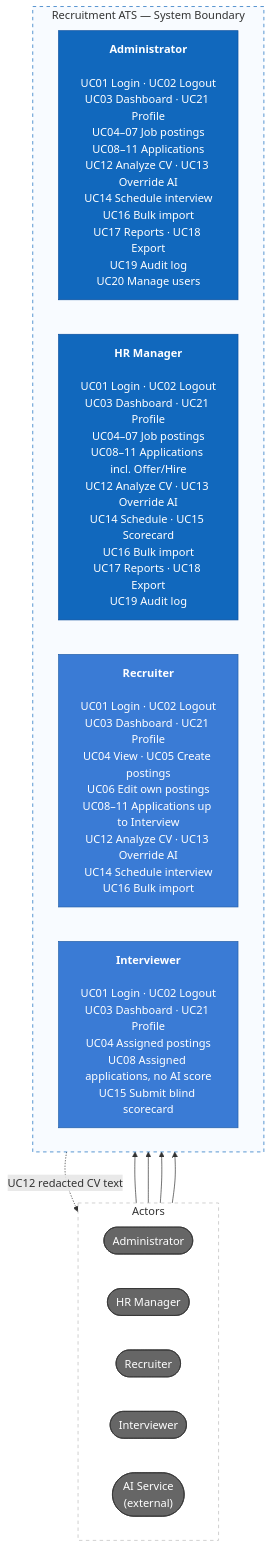
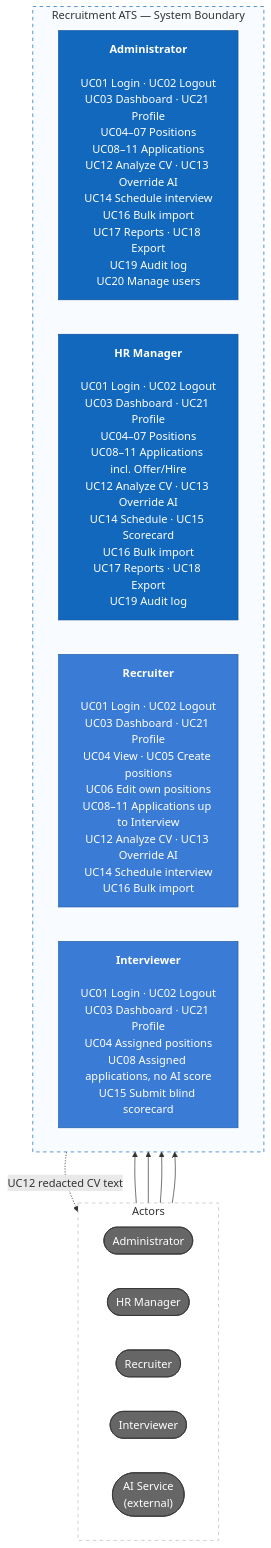
One commit to duongk18FPTU/recruitment-ats changed the first of 2 diagrams in README.md. Above: the diagram before and after it, drawn with Mermaid. The commit also changed other lines of this file and 19 other files, not shown here.

First line of the commit message:
Rename job postings to internal positions across docs and UI

````diff
--- a/README.md
+++ b/README.md
@@ -75,34 +75,34 @@
 ```mermaid
 flowchart TB
     subgraph roles["Actors"]
         direction LR
         admin(["Administrator"])
         manager(["HR Manager"])
         recruiter(["Recruiter"])
         interviewer(["Interviewer"])
         ai(["AI Service<br/>(external)"])
     end
 
     subgraph system["Recruitment ATS — System Boundary"]
         direction LR
-        adminCases["<b>Administrator</b><br/><br/>UC01 Login · UC02 Logout<br/>UC03 Dashboard · UC21 Profile<br/>UC04–07 Job postings<br/>UC08–11 Applications<br/>UC12 Analyze CV · UC13 Override AI<br/>UC14 Schedule interview<br/>UC16 Bulk import<br/>UC17 Reports · UC18 Export<br/>UC19 Audit log<br/>UC20 Manage users"]
-        managerCases["<b>HR Manager</b><br/><br/>UC01 Login · UC02 Logout<br/>UC03 Dashboard · UC21 Profile<br/>UC04–07 Job postings<br/>UC08–11 Applications incl. Offer/Hire<br/>UC12 Analyze CV · UC13 Override AI<br/>UC14 Schedule · UC15 Scorecard<br/>UC16 Bulk import<br/>UC17 Reports · UC18 Export<br/>UC19 Audit log"]
-        recruiterCases["<b>Recruiter</b><br/><br/>UC01 Login · UC02 Logout<br/>UC03 Dashboard · UC21 Profile<br/>UC04 View · UC05 Create postings<br/>UC06 Edit own postings<br/>UC08–11 Applications up to Interview<br/>UC12 Analyze CV · UC13 Override AI<br/>UC14 Schedule interview<br/>UC16 Bulk import"]
-        interviewerCases["<b>Interviewer</b><br/><br/>UC01 Login · UC02 Logout<br/>UC03 Dashboard · UC21 Profile<br/>UC04 Assigned postings<br/>UC08 Assigned applications, no AI score<br/>UC15 Submit blind scorecard"]
+        adminCases["<b>Administrator</b><br/><br/>UC01 Login · UC02 Logout<br/>UC03 Dashboard · UC21 Profile<br/>UC04–07 Positions<br/>UC08–11 Applications<br/>UC12 Analyze CV · UC13 Override AI<br/>UC14 Schedule interview<br/>UC16 Bulk import<br/>UC17 Reports · UC18 Export<br/>UC19 Audit log<br/>UC20 Manage users"]
+        managerCases["<b>HR Manager</b><br/><br/>UC01 Login · UC02 Logout<br/>UC03 Dashboard · UC21 Profile<br/>UC04–07 Positions<br/>UC08–11 Applications incl. Offer/Hire<br/>UC12 Analyze CV · UC13 Override AI<br/>UC14 Schedule · UC15 Scorecard<br/>UC16 Bulk import<br/>UC17 Reports · UC18 Export<br/>UC19 Audit log"]
+        recruiterCases["<b>Recruiter</b><br/><br/>UC01 Login · UC02 Logout<br/>UC03 Dashboard · UC21 Profile<br/>UC04 View · UC05 Create positions<br/>UC06 Edit own positions<br/>UC08–11 Applications up to Interview<br/>UC12 Analyze CV · UC13 Override AI<br/>UC14 Schedule interview<br/>UC16 Bulk import"]
+        interviewerCases["<b>Interviewer</b><br/><br/>UC01 Login · UC02 Logout<br/>UC03 Dashboard · UC21 Profile<br/>UC04 Assigned positions<br/>UC08 Assigned applications, no AI score<br/>UC15 Submit blind scorecard"]
     end
 
     admin --> adminCases
     manager --> managerCases
     recruiter --> recruiterCases
     interviewer --> interviewerCases
     system -.->|UC12 redacted CV text| ai
 
     classDef actor fill:#666,color:#fff,stroke:#333
     classDef primary fill:#1168bd,color:#fff,stroke:#0b4f9e
     classDef standard fill:#3a7bd5,color:#fff,stroke:#245fa8
     class admin,manager,recruiter,interviewer,ai actor
     class adminCases,managerCases primary
     class recruiterCases,interviewerCases standard
     style roles fill:#fff,stroke:#bbb,stroke-dasharray:5 5
     style system fill:#f8fbff,stroke:#1168bd,stroke-dasharray:5 5
 ```
````
